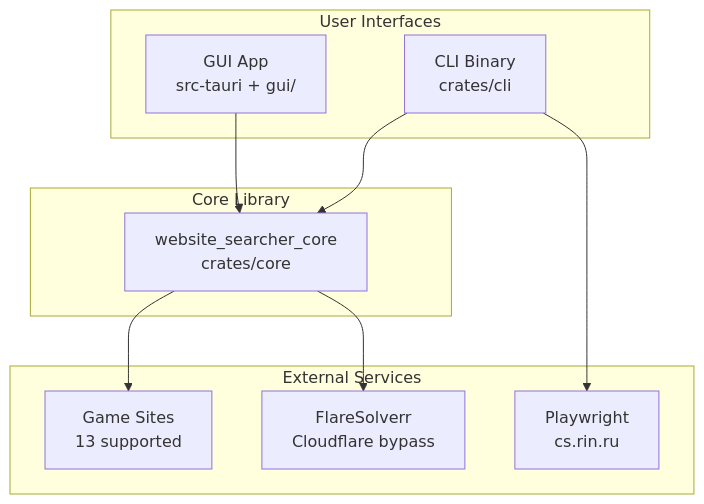
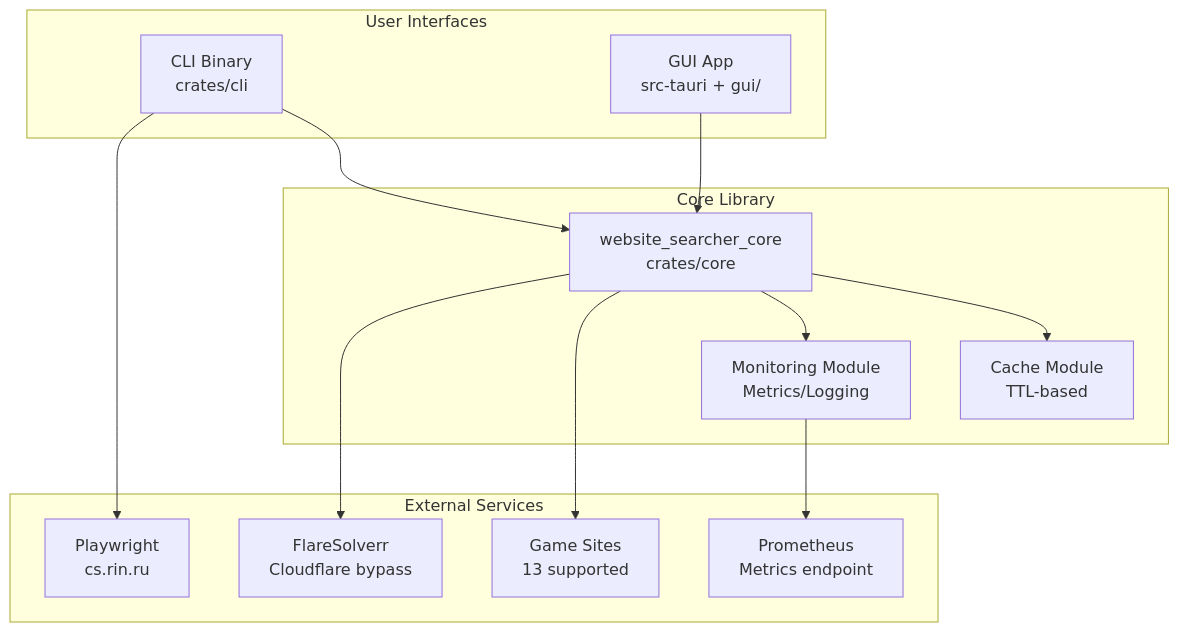
One commit to reekid420/website-searcher changed the first of 2 diagrams in docs/ARCHITECTURE.md. Above: the diagram before and after it, drawn with Mermaid. The commit also changed other lines of this file and 17 other files, not shown here.

````diff
--- a/docs/ARCHITECTURE.md
+++ b/docs/ARCHITECTURE.md
@@ -21,23 +22,29 @@
 ```mermaid
 graph TB
     subgraph "User Interfaces"
         CLI[CLI Binary<br/>crates/cli]
         GUI[GUI App<br/>src-tauri + gui/]
     end
     
     subgraph "Core Library"
         Core[website_searcher_core<br/>crates/core]
+        Cache[Cache Module<br/>TTL-based]
+        Monitor[Monitoring Module<br/>Metrics/Logging]
     end
     
     subgraph "External Services"
         Sites[Game Sites<br/>13 supported]
         CF[FlareSolverr<br/>Cloudflare bypass]
         PW[Playwright<br/>cs.rin.ru]
+        Prometheus[Prometheus<br/>Metrics endpoint]
     end
     
     CLI --> Core
     GUI --> Core
+    Core --> Cache
+    Core --> Monitor
+    Monitor --> Prometheus
     Core --> Sites
     Core --> CF
     CLI --> PW
 ```
````
